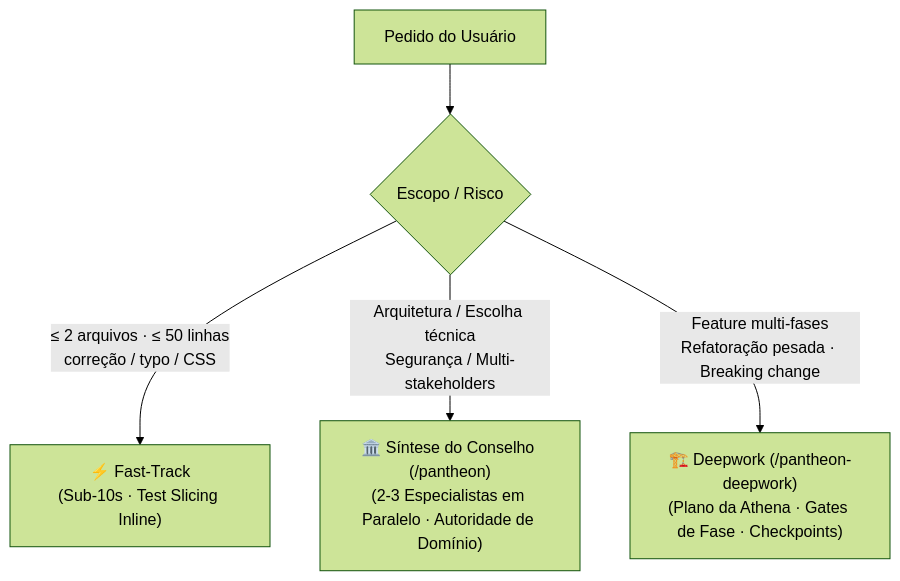
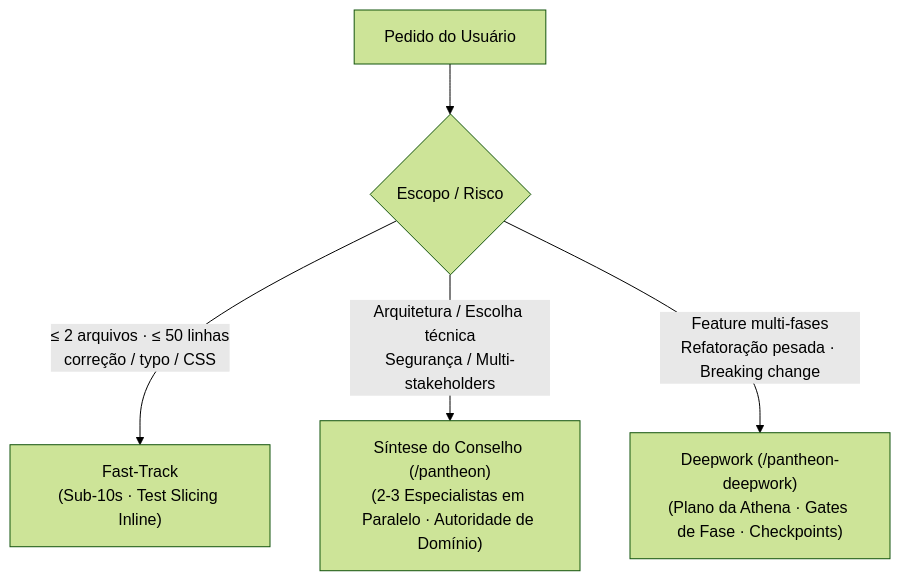
The fourth of 4 diagrams in README.pt-BR.md (ils15/pantheon-opencode), drawn with Mermaid (forest theme) before and after one commit. The commit also changed other lines of this file and 11 other files, not shown here.

````diff
--- a/README.pt-BR.md
+++ b/README.pt-BR.md
@@ -98,7 +98,7 @@
 ```mermaid
 flowchart TD
     Req["Pedido do Usuário"] --> Size{"Escopo / Risco"}
-    Size -->|"≤ 2 arquivos · ≤ 50 linhas<br/>correção / typo / CSS"| Fast["⚡ Fast-Track<br/>(Sub-10s · Test Slicing Inline)"]
-    Size -->|"Arquitetura / Escolha técnica<br/>Segurança / Multi-stakeholders"| Council["🏛️ Síntese do Conselho (/pantheon)<br/>(2-3 Especialistas em Paralelo · Autoridade de Domínio)"]
-    Size -->|"Feature multi-fases<br/>Refatoração pesada · Breaking change"| Deep["🏗️ Deepwork (/pantheon-deepwork)<br/>(Plano da Athena · Gates de Fase · Checkpoints)"]
+    Size -->|"≤ 2 arquivos · ≤ 50 linhas<br/>correção / typo / CSS"| Fast["Fast-Track<br/>(Sub-10s · Test Slicing Inline)"]
+    Size -->|"Arquitetura / Escolha técnica<br/>Segurança / Multi-stakeholders"| Council["Síntese do Conselho (/pantheon)<br/>(2-3 Especialistas em Paralelo · Autoridade de Domínio)"]
+    Size -->|"Feature multi-fases<br/>Refatoração pesada · Breaking change"| Deep["Deepwork (/pantheon-deepwork)<br/>(Plano da Athena · Gates de Fase · Checkpoints)"]
 ```
````
